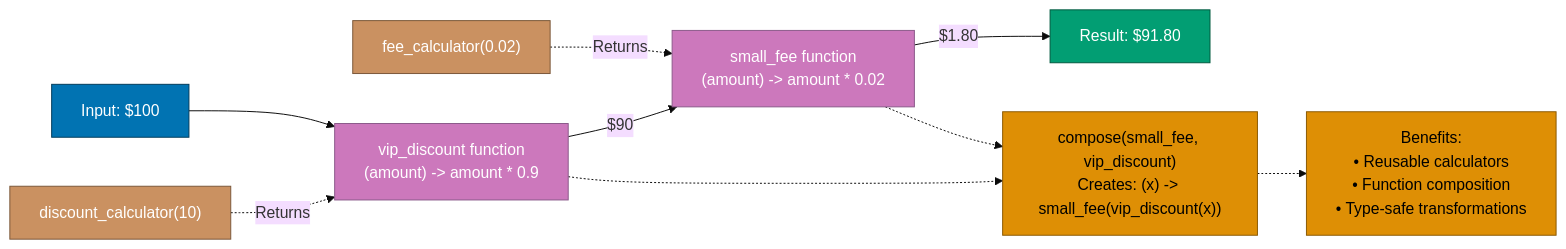
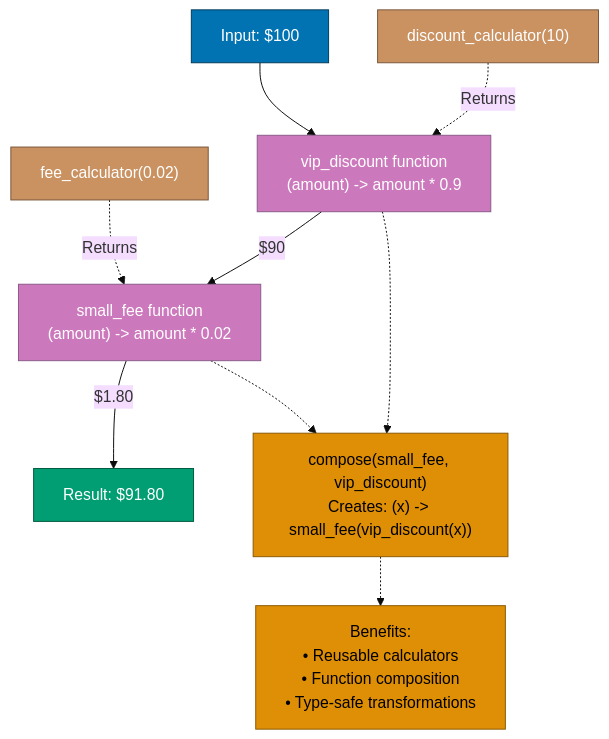
One commit to wahidyankf/open-sharia-enterprise changed the third of 3 diagrams in docs/explanation/software/stack-lang/elixir/ex-so-stla-el__functional-programming.md. Above: the diagram before and after it, drawn with Mermaid (base theme). The commit also changed other lines of this file and 27 other files, not shown here.

First line of the commit message:
docs(elixir): add YAML frontmatter, fix diagrams, standardize footer metadata

````diff
--- a/docs/explanation/software/stack-lang/elixir/ex-so-stla-el__functional-programming.md
+++ b/docs/explanation/software/stack-lang/elixir/ex-so-stla-el__functional-programming.md
@@ -507,41 +533,41 @@
 ```mermaid
-graph LR
+graph TB
     %% Input
     Input["Input: $100"]
 
     %% Function Factory
     Factory1["fee_calculator(0.02)"]
     Factory2["discount_calculator(10)"]
 
     %% Created Functions
     Fee["small_fee function<br/>(amount) -> amount * 0.02"]
     Discount["vip_discount function<br/>(amount) -> amount * 0.9"]
 
     %% Composition
     Compose["compose(small_fee, vip_discount)<br/>Creates: (x) -> small_fee(vip_discount(x))"]
 
     %% Execution Flow
     Input --> Discount
     Discount -->|"$90"| Fee
     Fee -->|"$1.80"| Result["Result: $91.80"]
 
     %% Factory flow
     Factory1 -.->|"Returns"| Fee
     Factory2 -.->|"Returns"| Discount
     Fee -.-> Compose
     Discount -.-> Compose
 
     %% Benefits
     Benefits["Benefits:<br/>• Reusable calculators<br/>• Function composition<br/>• Type-safe transformations"]
     Compose -.-> Benefits
 
     %% Styling
     style Input fill:#0173B2,stroke:#023B5A,color:#FFF
     style Factory1 fill:#CA9161,stroke:#7A5739,color:#FFF
     style Factory2 fill:#CA9161,stroke:#7A5739,color:#FFF
     style Fee fill:#CC78BC,stroke:#8B5A8A,color:#FFF
     style Discount fill:#CC78BC,stroke:#8B5A8A,color:#FFF
     style Compose fill:#DE8F05,stroke:#8A5903,color:#000
     style Result fill:#029E73,stroke:#01593F,color:#FFF
     style Benefits fill:#DE8F05,stroke:#8A5903,color:#000
 ```
````
